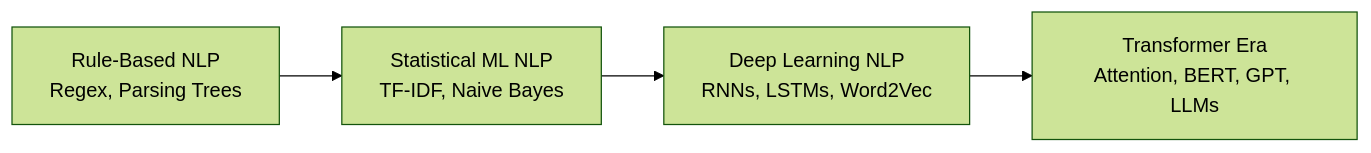
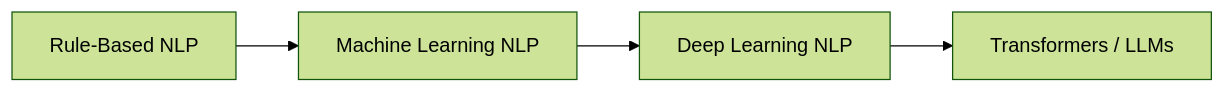
One commit to rohanhrk/data-engineering-notes-2026 changed diagram 14 of 31 in Module_07-AI Fundamentals For DE/Class 1 - AI Fundamentals/AI_Fundamentals_For_Data_Engineering.md. Above: the diagram before and after it, drawn with Mermaid (forest theme). The commit also changed other lines of this file and 3 other files, not shown here.

````diff
--- a/Module_07-AI Fundamentals For DE/Class 1 - AI Fundamentals/AI_Fundamentals_For_Data_Engineering.md
+++ b/Module_07-AI Fundamentals For DE/Class 1 - AI Fundamentals/AI_Fundamentals_For_Data_Engineering.md
@@ -306,6 +604,6 @@
-```mermaid
+``` mermaid
 flowchart LR
-    A[Rule-Based NLP<br/>Regex, Parsing Trees] --> B[Statistical ML NLP<br/>TF-IDF, Naive Bayes]
-    B --> C[Deep Learning NLP<br/>RNNs, LSTMs, Word2Vec]
-    C --> D[Transformer Era<br/>Attention, BERT, GPT, LLMs]
+    A[Rule-Based NLP] --> B[Machine Learning NLP]
+    B --> C[Deep Learning NLP]
+    C --> D[Transformers / LLMs]
 ```
````
